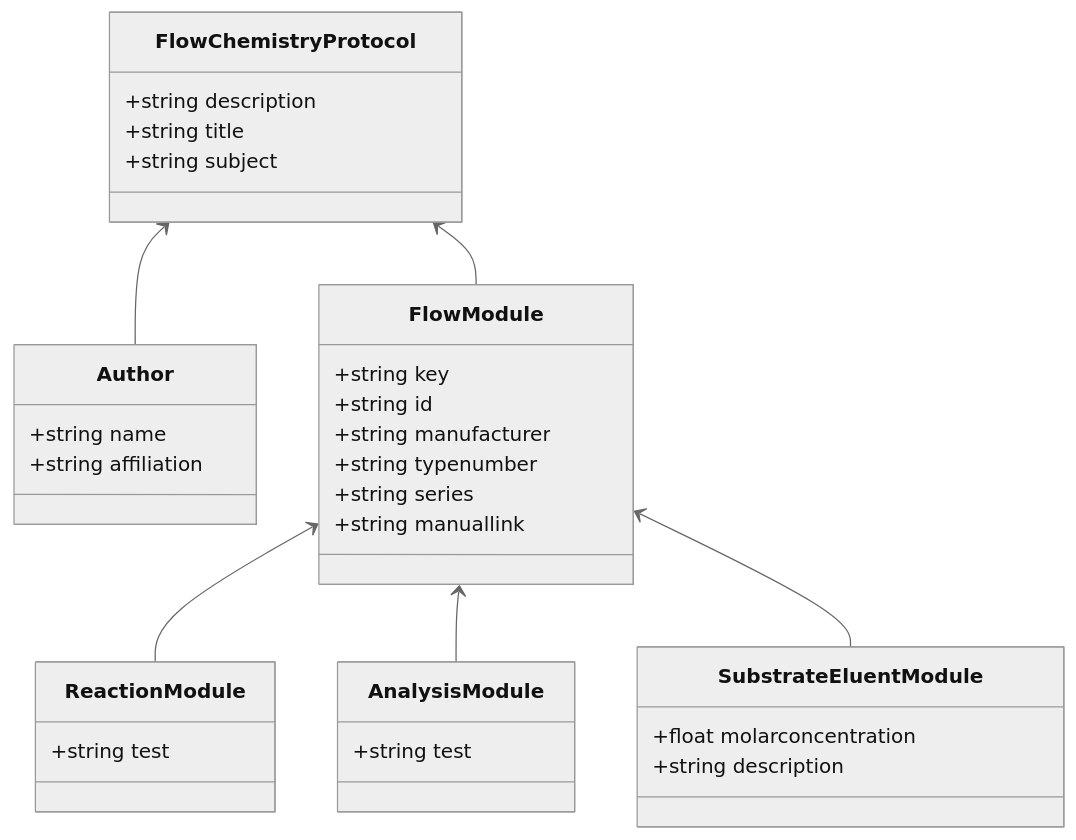
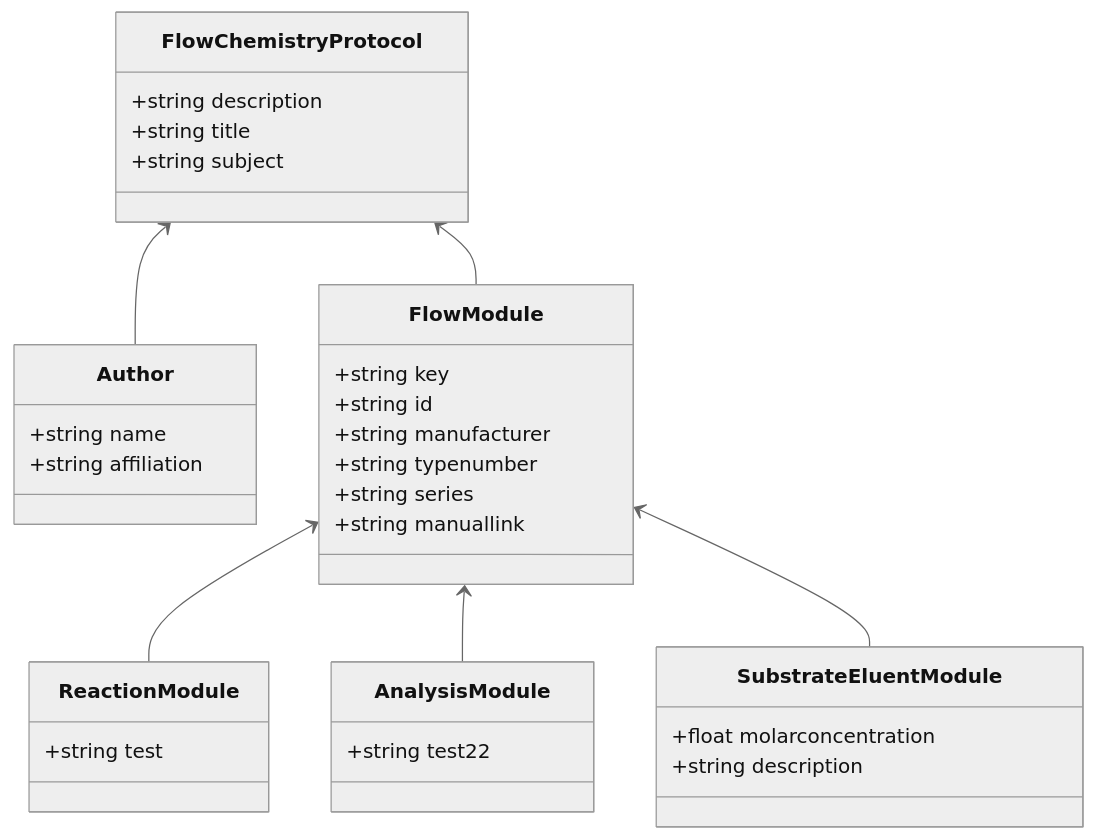
One commit to C-Kessler/sdrdm-flowchem-B2 changed the diagram in pyDataset/schemes/Dataset.md. Above: the diagram before and after it, drawn with Mermaid (neutral theme). The commit also changed 12 other files, not shown here.

````diff
--- a/pyDataset/schemes/Dataset.md
+++ b/pyDataset/schemes/Dataset.md
@@ -1,42 +1,42 @@
 ```mermaid
 classDiagram
     FlowChemistryProtocol <-- Author
     FlowChemistryProtocol <-- FlowModule
     FlowModule <-- ReactionModule
     FlowModule <-- AnalysisModule
     FlowModule <-- SubstrateEluentModule
     
     class FlowChemistryProtocol {
         +string description
         +string title
         +string subject
     }
     
     class Author {
         +string name
         +string affiliation
     }
     
     class FlowModule {
         +string key
         +string id
         +string manufacturer
         +string typenumber
         +string series
         +string manuallink
     }
     
     class ReactionModule {
         +string test
     }
     
     class AnalysisModule {
-        +string test
+        +string test22
     }
     
     class SubstrateEluentModule {
         +float molarconcentration
         +string description
     }
     
 ```
````
